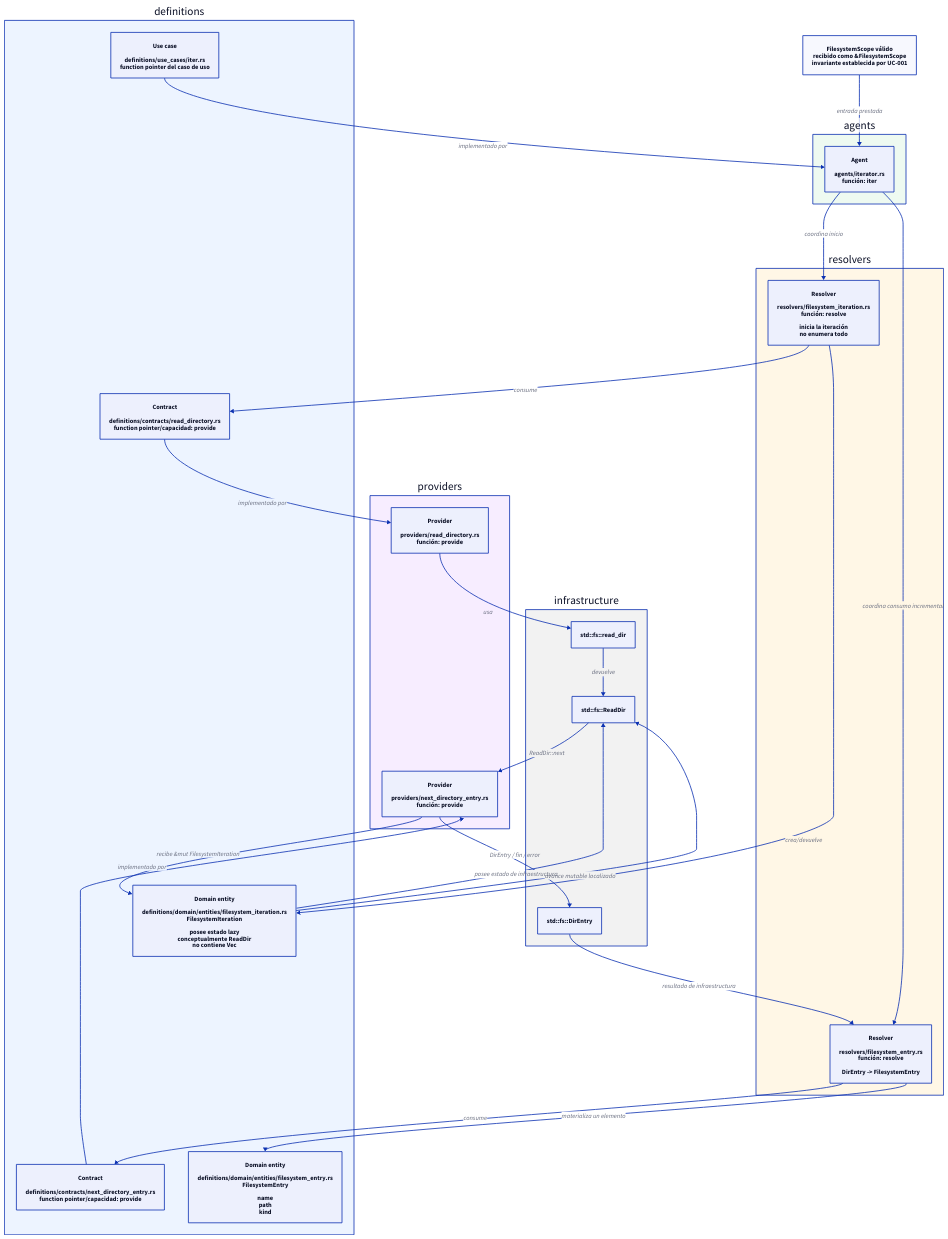
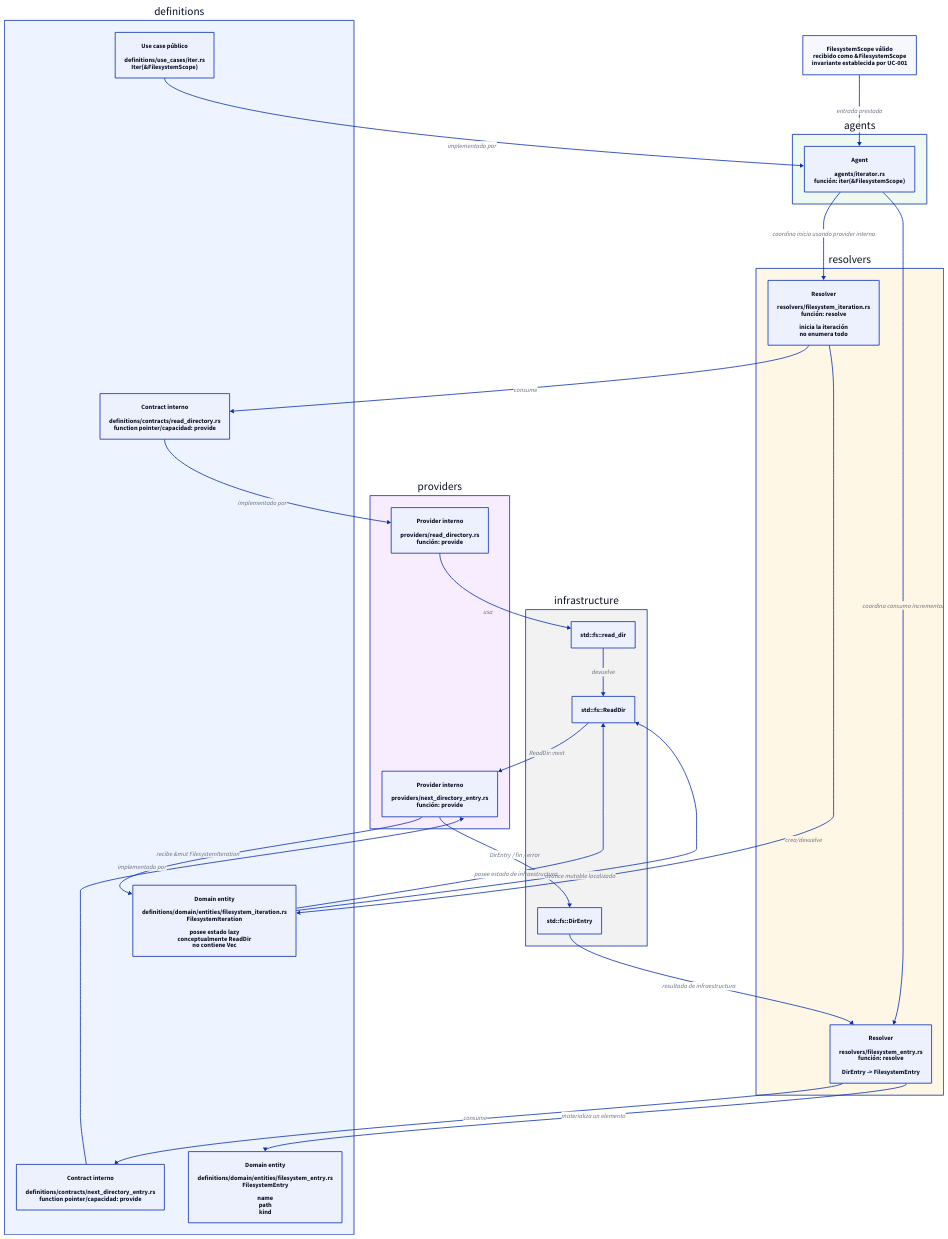
One commit to niqel/evolution changed the diagram in evo-shell-engine/technical_documentation/use_cases/UC-002-iterate-filesystem-scope/architecture.d2. Above: the diagram before and after it, drawn with D2. The commit also changed 11 other files, not shown here.

```diff
--- a/evo-shell-engine/technical_documentation/use_cases/UC-002-iterate-filesystem-scope/architecture.d2
+++ b/evo-shell-engine/technical_documentation/use_cases/UC-002-iterate-filesystem-scope/architecture.d2
@@ -1,97 +1,97 @@
 direction: down
 
 definitions: "definitions" {
   style.fill: "#edf4ff"
 
-  use_case: "Use case\n\ndefinitions/use_cases/iter.rs\nfunction pointer del caso de uso" {
+  use_case: "Use case público\n\ndefinitions/use_cases/iter.rs\nIter(&FilesystemScope)" {
     shape: rectangle
   }
 
-  read_directory_contract: "Contract\n\ndefinitions/contracts/read_directory.rs\nfunction pointer/capacidad: provide" {
+  read_directory_contract: "Contract interno\n\ndefinitions/contracts/read_directory.rs\nfunction pointer/capacidad: provide" {
     shape: rectangle
   }
 
-  next_directory_entry_contract: "Contract\n\ndefinitions/contracts/next_directory_entry.rs\nfunction pointer/capacidad: provide" {
+  next_directory_entry_contract: "Contract interno\n\ndefinitions/contracts/next_directory_entry.rs\nfunction pointer/capacidad: provide" {
     shape: rectangle
   }
 
   filesystem_iteration_entity: "Domain entity\n\ndefinitions/domain/entities/filesystem_iteration.rs\nFilesystemIteration\n\nposee estado lazy\nconceptualmente ReadDir\nno contiene Vec" {
     shape: rectangle
   }
 
   filesystem_entry_entity: "Domain entity\n\ndefinitions/domain/entities/filesystem_entry.rs\nFilesystemEntry\n\nname\npath\nkind" {
     shape: rectangle
   }
 }
 
 agents: "agents" {
   style.fill: "#eefaf1"
 
-  iterator: "Agent\n\nagents/iterator.rs\nfunción: iter" {
+  iterator: "Agent\n\nagents/iterator.rs\nfunción: iter(&FilesystemScope)" {
     shape: rectangle
   }
 }
 
 resolvers: "resolvers" {
   style.fill: "#fff7e6"
 
   filesystem_iteration: "Resolver\n\nresolvers/filesystem_iteration.rs\nfunción: resolve\n\ninicia la iteración\nno enumera todo" {
     shape: rectangle
   }
 
   filesystem_entry: "Resolver\n\nresolvers/filesystem_entry.rs\nfunción: resolve\n\nDirEntry -> FilesystemEntry" {
     shape: rectangle
   }
 }
 
 providers: "providers" {
   style.fill: "#f7edff"
 
-  read_directory_provider: "Provider\n\nproviders/read_directory.rs\nfunción: provide" {
+  read_directory_provider: "Provider interno\n\nproviders/read_directory.rs\nfunción: provide" {
     shape: rectangle
   }
 
-  next_directory_entry_provider: "Provider\n\nproviders/next_directory_entry.rs\nfunción: provide" {
+  next_directory_entry_provider: "Provider interno\n\nproviders/next_directory_entry.rs\nfunción: provide" {
     shape: rectangle
   }
 }
 
 infrastructure: "infrastructure" {
   style.fill: "#f2f2f2"
 
   read_dir: "std::fs::read_dir" {
     shape: rectangle
   }
 
   read_dir_state: "std::fs::ReadDir" {
     shape: rectangle
   }
 
   dir_entry: "std::fs::DirEntry" {
     shape: rectangle
   }
 }
 
 scope: "FilesystemScope válido\nrecibido como &FilesystemScope\ninvariante establecida por UC-001" {
   shape: rectangle
 }
 
 definitions.use_case -> agents.iterator: "implementado por"
 scope -> agents.iterator: "entrada prestada"
-agents.iterator -> resolvers.filesystem_iteration: "coordina inicio"
+agents.iterator -> resolvers.filesystem_iteration: "coordina inicio usando provider interno"
 resolvers.filesystem_iteration -> definitions.read_directory_contract: "consume"
 definitions.read_directory_contract -> providers.read_directory_provider: "implementado por"
 providers.read_directory_provider -> infrastructure.read_dir: "usa"
 infrastructure.read_dir -> infrastructure.read_dir_state: "devuelve"
 resolvers.filesystem_iteration -> definitions.filesystem_iteration_entity: "crea/devuelve"
 definitions.filesystem_iteration_entity -> infrastructure.read_dir_state: "posee estado de infraestructura"
 
 agents.iterator -> resolvers.filesystem_entry: "coordina consumo incremental"
 resolvers.filesystem_entry -> definitions.next_directory_entry_contract: "consume"
 definitions.next_directory_entry_contract -> providers.next_directory_entry_provider: "implementado por"
 providers.next_directory_entry_provider -> definitions.filesystem_iteration_entity: "recibe &mut FilesystemIteration"
 definitions.filesystem_iteration_entity -> infrastructure.read_dir_state: "avance mutable localizado"
 infrastructure.read_dir_state -> providers.next_directory_entry_provider: "ReadDir::next"
 providers.next_directory_entry_provider -> infrastructure.dir_entry: "DirEntry / fin / error"
 infrastructure.dir_entry -> resolvers.filesystem_entry: "resultado de infraestructura"
 resolvers.filesystem_entry -> definitions.filesystem_entry_entity: "materializa un elemento"
```
